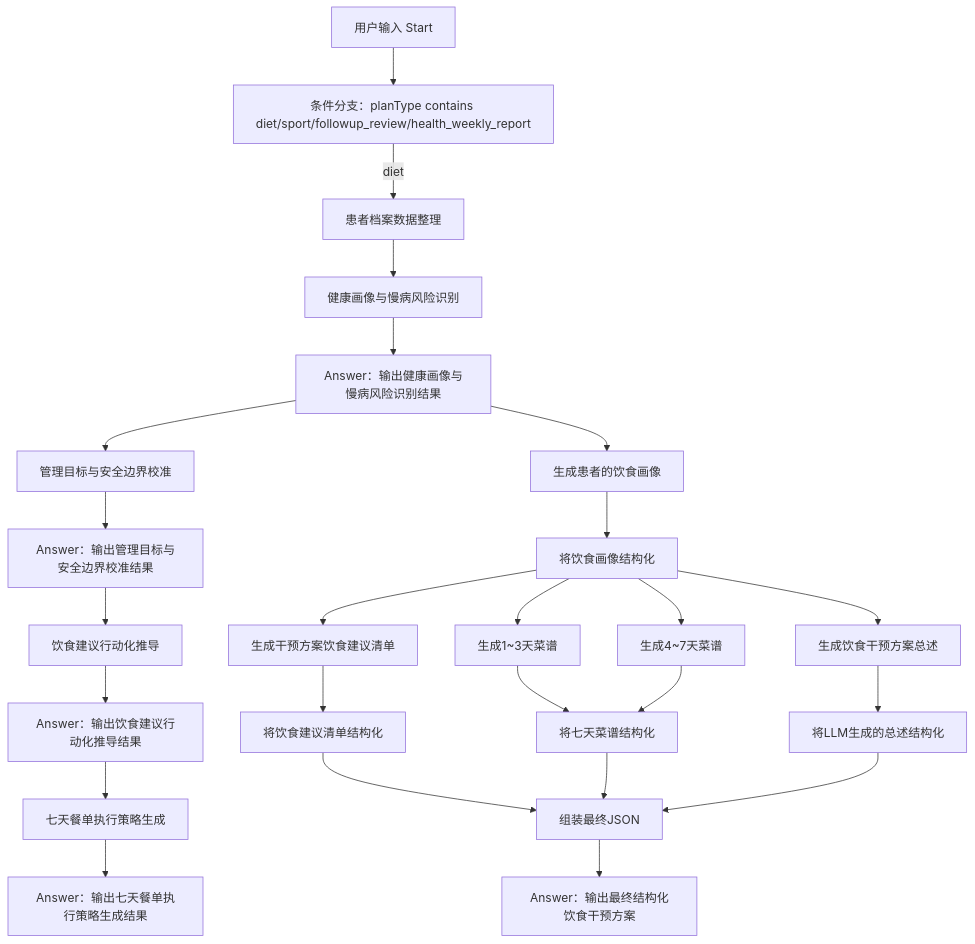
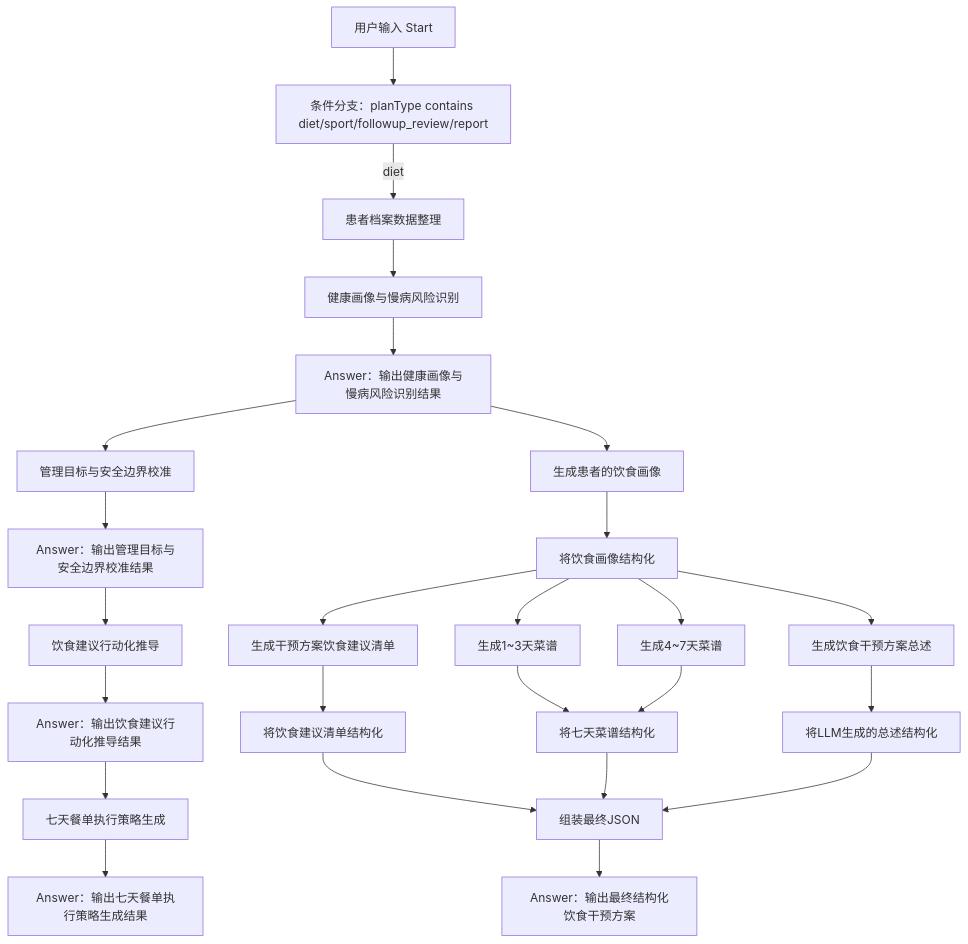
The first of 2 diagrams in 【专项】干预方案/02-DIFY工程/README.md (tristankeyima-beep/hcare), drawn with Mermaid before and after one commit. The commit also changed other lines of this file and 26 other files, not shown here.

````diff
--- a/【专项】干预方案/02-DIFY工程/README.md
+++ b/【专项】干预方案/02-DIFY工程/README.md
@@ -161,33 +161,33 @@
 ```mermaid
 flowchart TB
-  A["用户输入 Start"] --> R["条件分支：planType contains diet/sport/followup_review/health_weekly_report"]
+  A["用户输入 Start"] --> R["条件分支：planType contains diet/sport/followup_review/report"]
   R -->|diet| B["患者档案数据整理"]
 
   B --> S1["健康画像与慢病风险识别"]
   S1 --> AS1["Answer：输出健康画像与慢病风险识别结果"]
   AS1 --> S2["管理目标与安全边界校准"]
   S2 --> AS2["Answer：输出管理目标与安全边界校准结果"]
   AS2 --> S3["饮食建议行动化推导"]
   S3 --> AS3["Answer：输出饮食建议行动化推导结果"]
   AS3 --> S4["七天餐单执行策略生成"]
   S4 --> AS4["Answer：输出七天餐单执行策略生成结果"]
 
   AS1 --> C1["生成患者的饮食画像"]
   C1 --> C["将饮食画像结构化"]
 
   C --> D1["生成干预方案饮食建议清单"]
   D1 --> D["将饮食建议清单结构化"]
 
   C --> E1["生成1~3天菜谱"]
   C --> E2["生成4~7天菜谱"]
   E1 --> E["将七天菜谱结构化"]
   E2 --> E
 
   C --> F1["生成饮食干预方案总述"]
   F1 --> F["将LLM生成的总述结构化"]
 
   D --> G["组装最终JSON"]
   E --> G
   F --> G
   G --> H["Answer：输出最终结构化饮食干预方案"]
 ```
````
